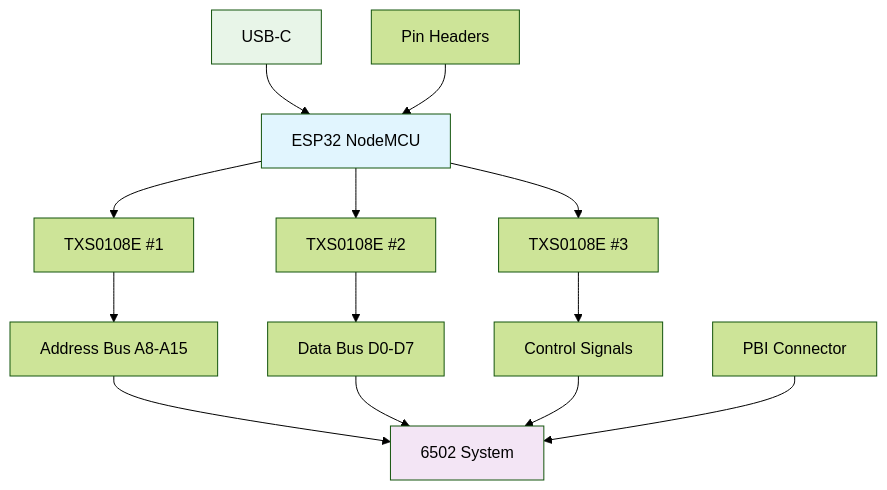
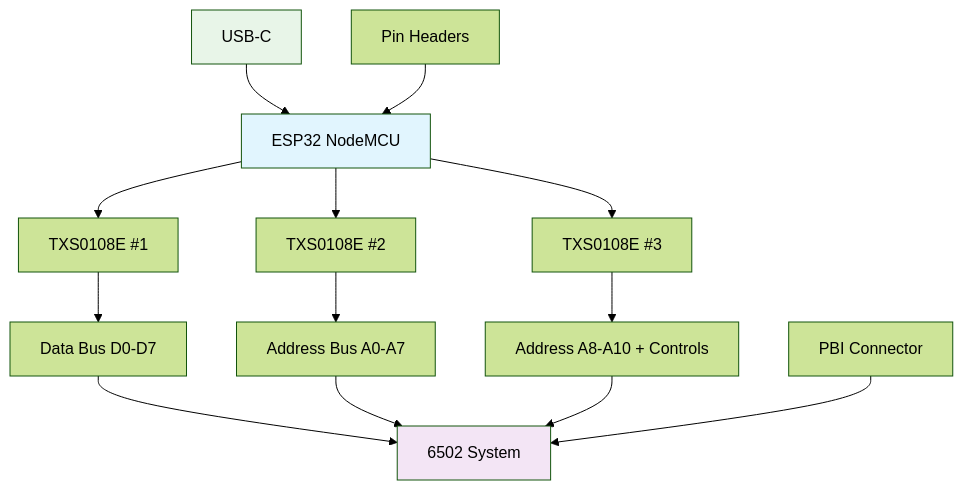
The first of 4 diagrams in README.md (gianlucarenzi/ESP32-BOBOARD-5V), drawn with Mermaid (forest theme) before and after one commit. The commit also changed other lines of this file and 3 other files, not shown here.

````diff
--- a/README.md
+++ b/README.md
@@ -162,22 +162,22 @@
 ```mermaid
 flowchart TD
     A[ESP32 NodeMCU] --> B[TXS0108E #1]
     A --> C[TXS0108E #2] 
     A --> D[TXS0108E #3]
     
-    B --> E[Address Bus A8-A15]
-    C --> F[Data Bus D0-D7]
-    D --> G[Control Signals]
+    B --> E[Data Bus D0-D7]
+    C --> F[Address Bus A0-A7]
+    D --> G[Address A8-A10 + Controls]
     
     E --> H[6502 System]
     F --> H
     G --> H
     
     I[USB-C] --> A
     J[Pin Headers] --> A
     K[PBI Connector] --> H
     
     style A fill:#e1f5fe
     style H fill:#f3e5f5
     style I fill:#e8f5e8
 ```
````
